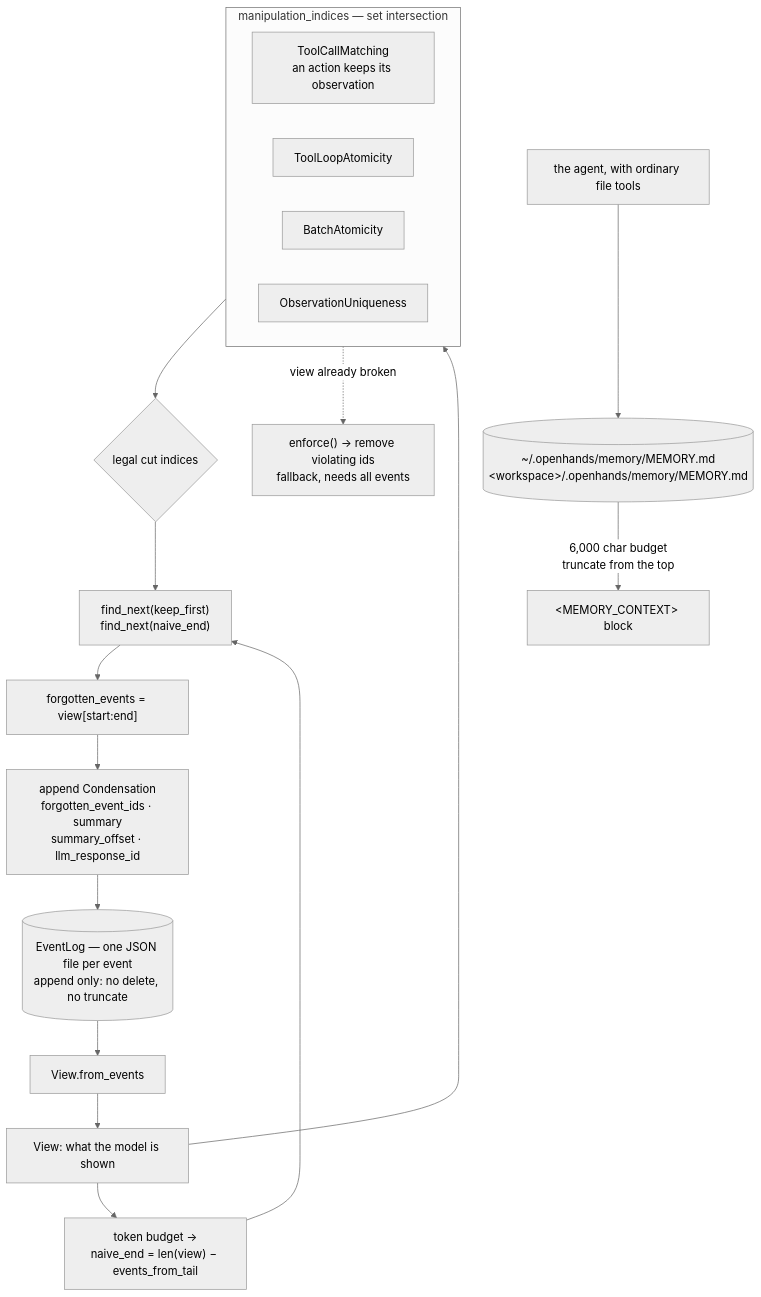
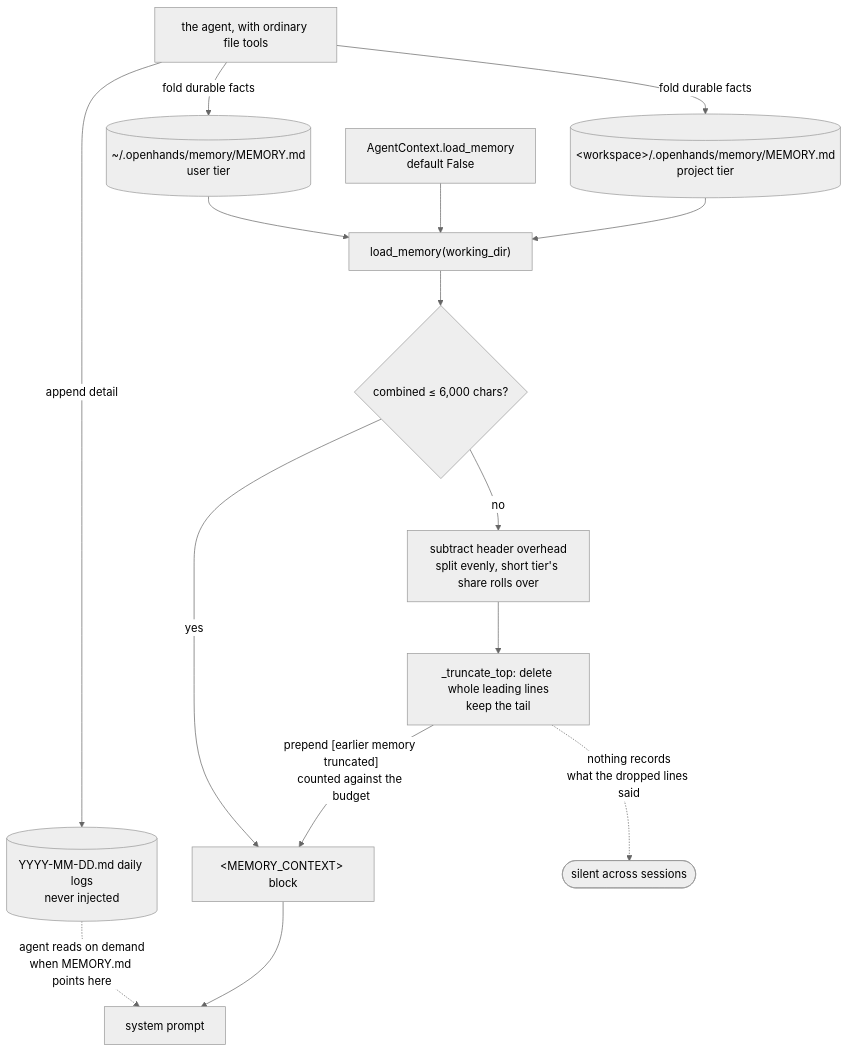
One commit to neoneye/agent-memory-atlas changed the diagram in content/systems/openhands-sdk.md. Above: the diagram before and after it, drawn with Mermaid (neutral theme). The commit also changed other lines of this file and 17 other files, not shown here.

````diff
--- a/content/systems/openhands-sdk.md
+++ b/content/systems/openhands-sdk.md
@@ -85,29 +81,20 @@
 ```mermaid
 flowchart TD
-%% caption: the token budget proposes a window and four structural properties dispose — a cut is legal only at an index every property admits, and the drop is then recorded in the same append-only log as the events it dropped
-    LOG[("EventLog — one JSON file per event<br/>append only: no delete, no truncate")] --> VF["View.from_events"]
-    VF --> V["View: what the model is shown"]
+%% caption: the durable half is two files under one shared budget, and every rule about what happens when they overflow lives in ninety-seven lines of loader with nothing validating what the agent wrote
+    AG["the agent, with ordinary file tools"] -->|"append detail"| DL[("YYYY-MM-DD.md daily logs<br/>never injected")]
+    AG -->|"fold durable facts"| U[("~/.openhands/memory/MEMORY.md<br/>user tier")]
+    AG -->|"fold durable facts"| P[("&lt;workspace&gt;/.openhands/memory/MEMORY.md<br/>project tier")]
 
-    V --> BUD["token budget →<br/>naive_end = len(view) − events_from_tail"]
+    U & P --> LM["load_memory(working_dir)"]
+    LM --> FIT{"combined &le; 6,000 chars?"}
+    FIT -->|yes| OUT["&lt;MEMORY_CONTEXT&gt; block"]
+    FIT -->|no| SPLIT["subtract header overhead<br/>split evenly, short tier's share rolls over"]
+    SPLIT --> TRUNC["_truncate_top: delete whole leading lines<br/>keep the tail"]
+    TRUNC -->|"prepend [earlier memory truncated]<br/>counted against the budget"| OUT
 
-    subgraph P["manipulation_indices — set intersection"]
-        P1["ToolCallMatching<br/>an action keeps its observation"]
-        P2["ToolLoopAtomicity"]
-        P3["BatchAtomicity"]
-        P4["ObservationUniqueness"]
-    end
-    V --> P
-    P --> MI{"legal cut indices"}
+    OUT --> PROMPT["system prompt"]
+    DL -.->|"agent reads on demand<br/>when MEMORY.md points here"| PROMPT
 
-    BUD --> SNAP["find_next(keep_first)<br/>find_next(naive_end)"]
-    MI --> SNAP
-    SNAP --> FE["forgotten_events = view[start:end]"]
-
-    FE --> CE["append Condensation<br/>forgotten_event_ids · summary<br/>summary_offset · llm_response_id"]
-    CE --> LOG
-
-    P -.->|"view already broken"| ENF["enforce() → remove violating ids<br/>fallback, needs all events"]
-
-    MEM[("~/.openhands/memory/MEMORY.md<br/>&lt;workspace&gt;/.openhands/memory/MEMORY.md")] -->|"6,000 char budget<br/>truncate from the top"| PROMPT["&lt;MEMORY_CONTEXT&gt; block"]
-    AG["the agent, with ordinary file tools"] --> MEM
+    GATE["AgentContext.load_memory<br/>default False"] --> LM
+    TRUNC -.->|"nothing records<br/>what the dropped lines said"| LOSS(["silent across sessions"])
 ```
````
